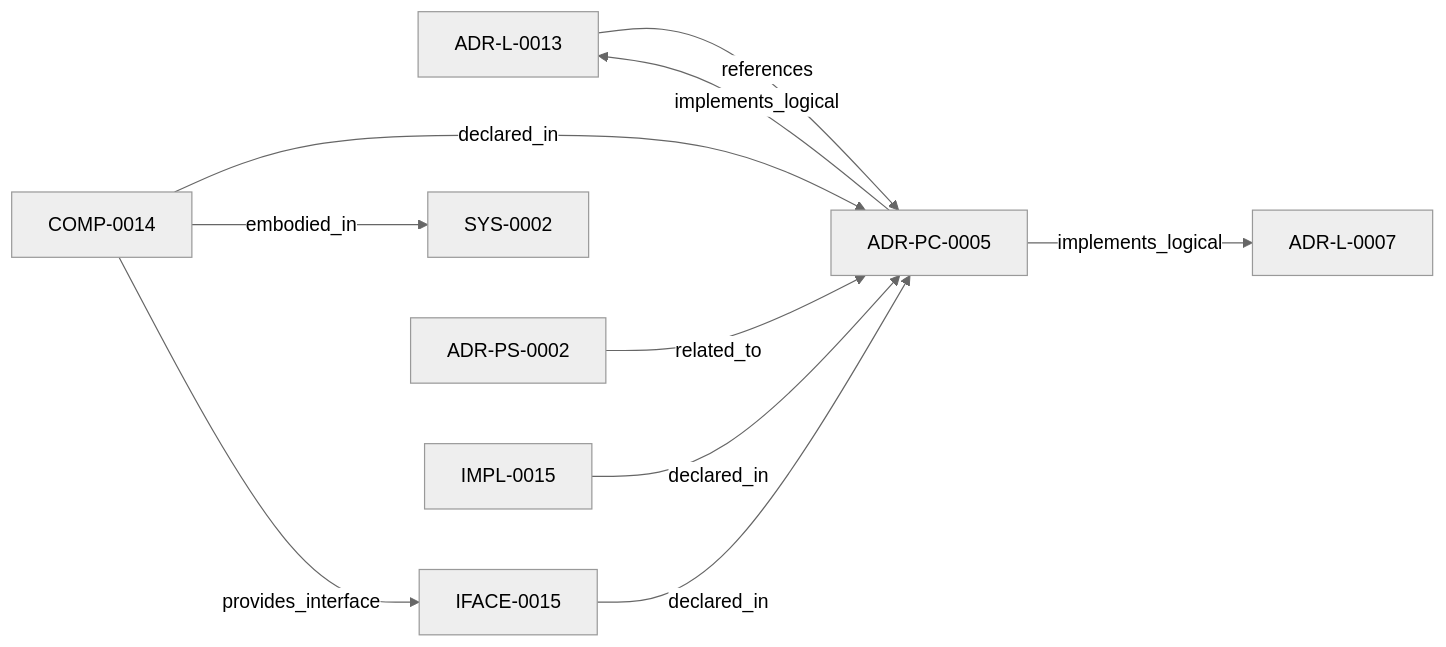
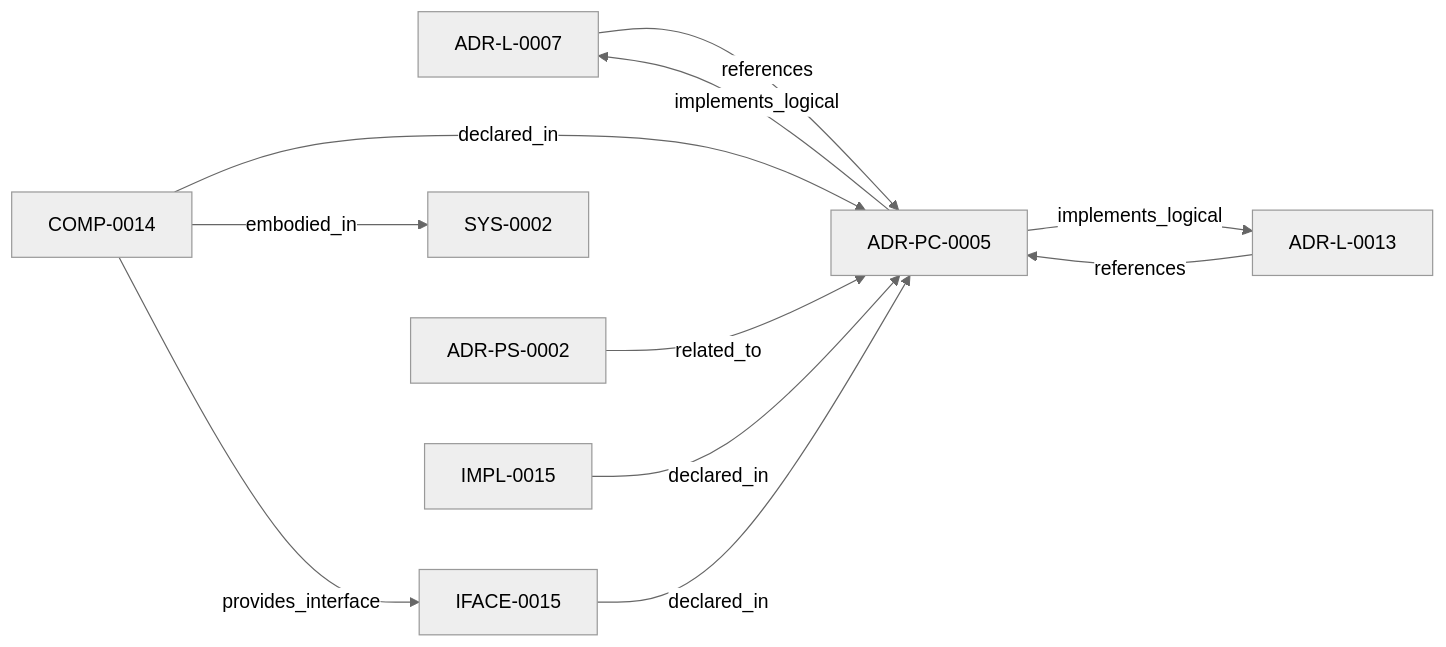
One commit to egallmann/adr-architecture-kit changed the diagram in adrs/adr-projection/physical-component/ADR-PC-0005-generated-artifact-integrity-validation.md. Above: the diagram before and after it, drawn with Mermaid (neutral theme). The commit also changed other lines of this file and 24 other files, not shown here.

````diff
--- a/adrs/adr-projection/physical-component/ADR-PC-0005-generated-artifact-integrity-validation.md
+++ b/adrs/adr-projection/physical-component/ADR-PC-0005-generated-artifact-integrity-validation.md
@@ -51,20 +51,21 @@
 ```mermaid
 flowchart LR
   n_019fee89_e615_7b9c_8e3f_32ceeda01491["ADR-L-0007"]
   n_019fee89_e616_7c4e_953c_b7349412a784["ADR-L-0013"]
   n_019fee89_e618_713e_a017_5b417ef9ac9f["SYS-0002"]
   n_019fee89_e618_74b2_a83e_e41c7d8c9f37["ADR-PC-0005"]
   n_019fee89_e618_781c_831f_0d5fe24f7d85["COMP-0014"]
   n_019fee89_e618_783a_8511_196b6a627b3e["IFACE-0015"]
   n_019fee89_e618_7d04_9337_4aa2d3258507["ADR-PS-0002"]
   n_019fee89_e618_7d0d_ae2e_d65c2d83b72d["IMPL-0015"]
   n_019fee89_e618_781c_831f_0d5fe24f7d85 -->|"declared_in"| n_019fee89_e618_74b2_a83e_e41c7d8c9f37
   n_019fee89_e618_783a_8511_196b6a627b3e -->|"declared_in"| n_019fee89_e618_74b2_a83e_e41c7d8c9f37
   n_019fee89_e618_7d0d_ae2e_d65c2d83b72d -->|"declared_in"| n_019fee89_e618_74b2_a83e_e41c7d8c9f37
   n_019fee89_e618_781c_831f_0d5fe24f7d85 -->|"embodied_in"| n_019fee89_e618_713e_a017_5b417ef9ac9f
   n_019fee89_e618_74b2_a83e_e41c7d8c9f37 -->|"implements_logical"| n_019fee89_e615_7b9c_8e3f_32ceeda01491
   n_019fee89_e618_74b2_a83e_e41c7d8c9f37 -->|"implements_logical"| n_019fee89_e616_7c4e_953c_b7349412a784
   n_019fee89_e618_781c_831f_0d5fe24f7d85 -->|"provides_interface"| n_019fee89_e618_783a_8511_196b6a627b3e
+  n_019fee89_e615_7b9c_8e3f_32ceeda01491 -->|"references"| n_019fee89_e618_74b2_a83e_e41c7d8c9f37
   n_019fee89_e616_7c4e_953c_b7349412a784 -->|"references"| n_019fee89_e618_74b2_a83e_e41c7d8c9f37
   n_019fee89_e618_7d04_9337_4aa2d3258507 -->|"related_to"| n_019fee89_e618_74b2_a83e_e41c7d8c9f37
 ```
````
